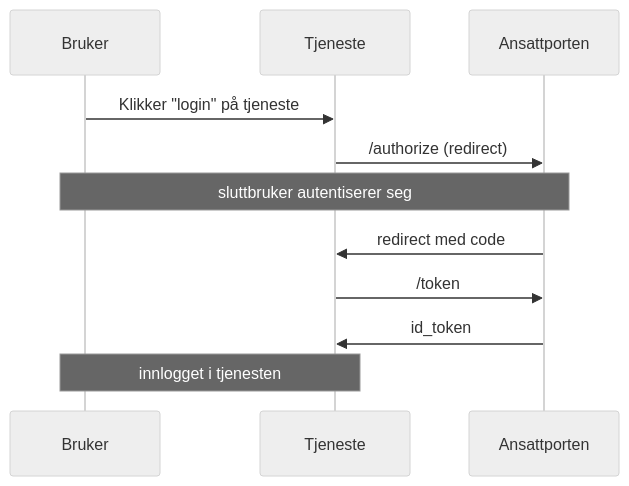
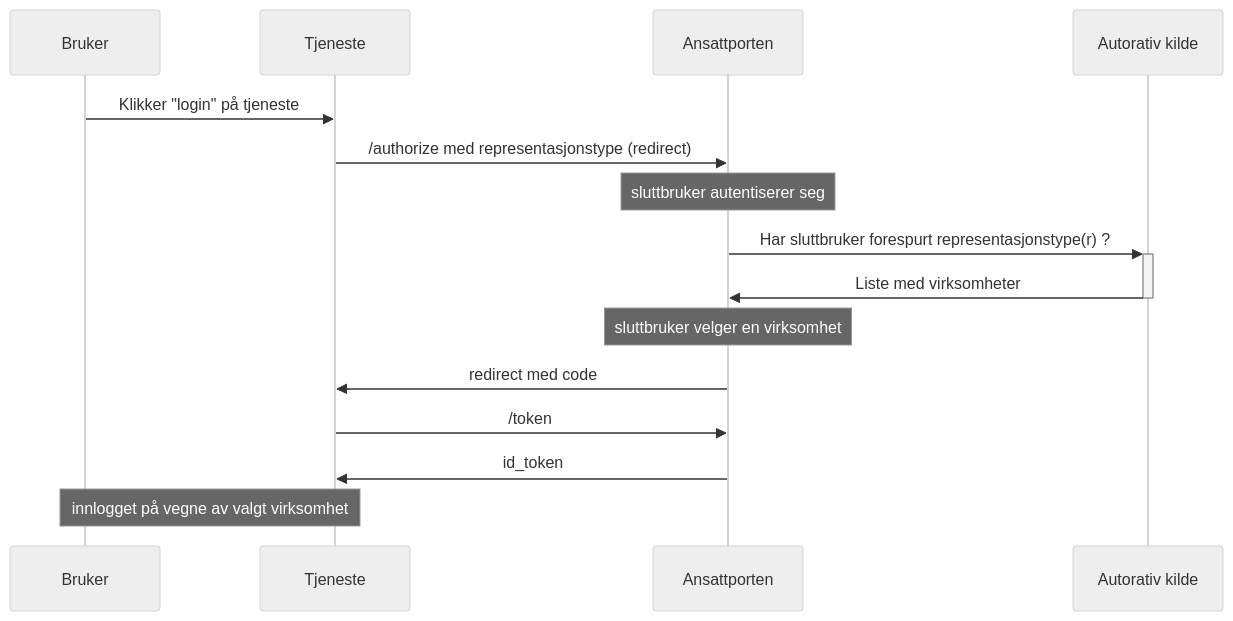
The diagram in _docs/ansattporten/ansattporten_representasjon.md (joergenb/docs), drawn with Mermaid (neutral theme) before and after one commit. The commit also changed other lines of this file and 6 other files, not shown here.

```diff
--- a/_docs/ansattporten/ansattporten_representasjon.md
+++ b/_docs/ansattporten/ansattporten_representasjon.md
@@ -28,16 +36,20 @@
 <div class="mermaid">
 sequenceDiagram
 
 participant B as Bruker
 participant C as Tjeneste
 participant A as Ansattporten
+participant S as Autorativ kilde
 
 B->>C: Klikker "login" på tjeneste
-C->>A: /authorize (redirect)
-note over B, A: sluttbruker autentiserer seg
+C->>A: /authorize med representasjonstype (redirect)
+note over A: sluttbruker autentiserer seg
+A->>+S: Har sluttbruker forespurt representasjonstype(r) ?
+S->>-A: Liste med virksomheter
+note over A: sluttbruker velger en virksomhet
 A->>C: redirect med code
 C->>A: /token
 A->>C: id_token
-note over B,C: innlogget i tjenesten
+note over B,C: innlogget på vegne av valgt virksomhet
 
 </div>
```
